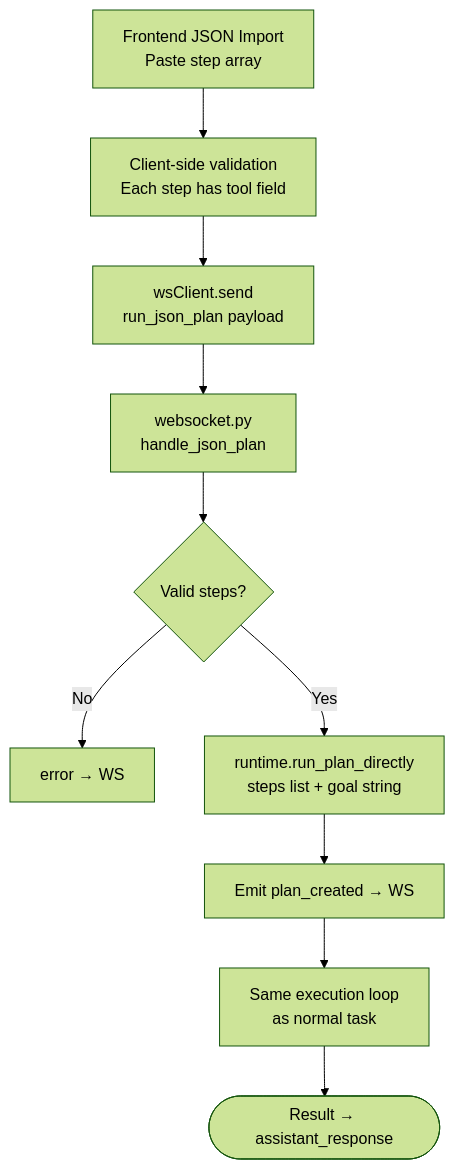
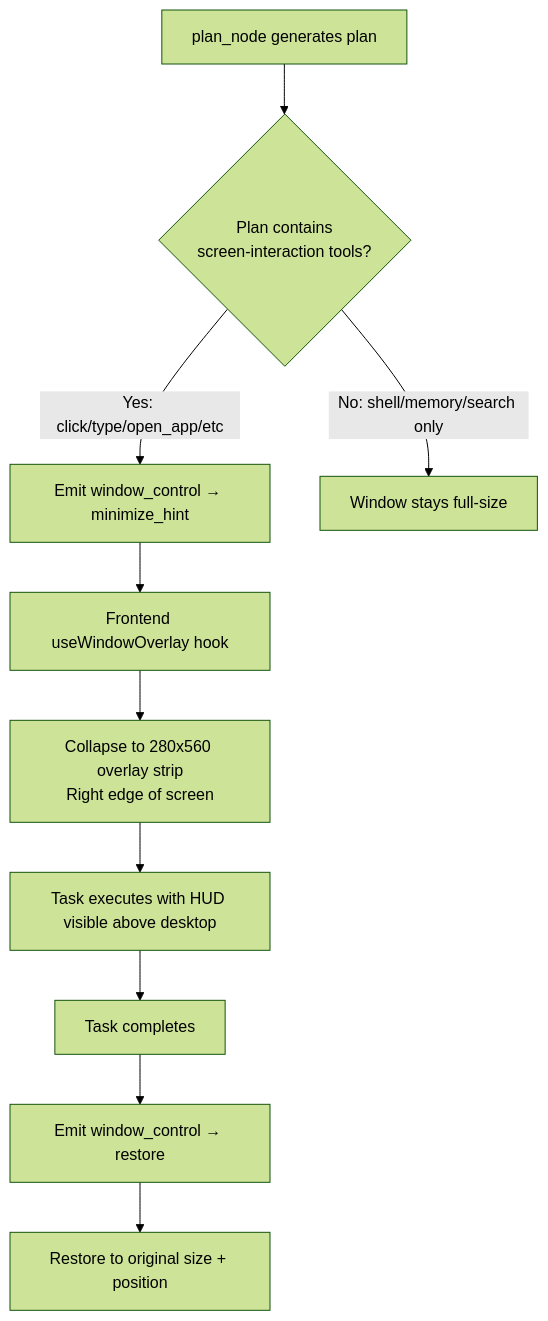
One commit to OpenSarthi/opensarthi changed the sixth of 10 diagrams in docs/03_agentic_flow.md. Above: the diagram before and after it, drawn with Mermaid (forest theme). The commit also changed other lines of this file and 8 other files, not shown here.

Commit message:
docs: comprehensive synchronization of all READMEs, SKILLS.md and architectural guides

````diff
--- a/docs/03_agentic_flow.md
+++ b/docs/03_agentic_flow.md
@@ -223,12 +246,14 @@
 ```mermaid
 flowchart TD
-    FE[Frontend JSON Import\nPaste step array] --> VALIDATE[Client-side validation\nEach step has tool field]
-    VALIDATE --> WS_SEND[wsClient.send\nrun_json_plan payload]
-    WS_SEND --> WS_HANDLER[websocket.py\nhandle_json_plan]
-    WS_HANDLER --> CHECK{Valid steps?}
-    CHECK -->|No| ERR[error → WS]
-    CHECK -->|Yes| RUN[runtime.run_plan_directly\nsteps list + goal string]
-    RUN --> EMIT_PLAN[Emit plan_created → WS]
-    EMIT_PLAN --> EXEC_LOOP[Same execution loop\nas normal task]
-    EXEC_LOOP --> DONE([Result → assistant_response])
+    PLAN_CREATED[plan_node generates plan] --> SCREEN_CHECK{Plan contains\nscreen-interaction tools?}
+    SCREEN_CHECK -->|Yes: click/type/open_app/etc| MIN_HINT[Emit window_control → minimize_hint]
+    SCREEN_CHECK -->|No: shell/memory/search only| NO_HINT[Window stays full-size]
+
+    MIN_HINT --> FRONTEND[Frontend useWindowOverlay hook]
+    FRONTEND --> COLLAPSE[Collapse to 280x560 overlay strip\nRight edge of screen]
+    COLLAPSE --> TASK_RUNS[Task executes with HUD visible above desktop]
+
+    TASK_RUNS --> COMPLETE[Task completes]
+    COMPLETE --> RESTORE_HINT[Emit window_control → restore]
+    RESTORE_HINT --> EXPAND[Restore to original size + position]
 ```
````
